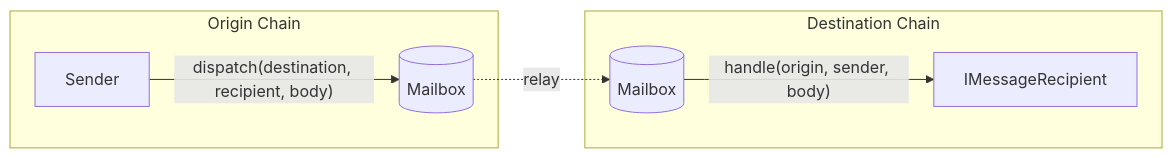
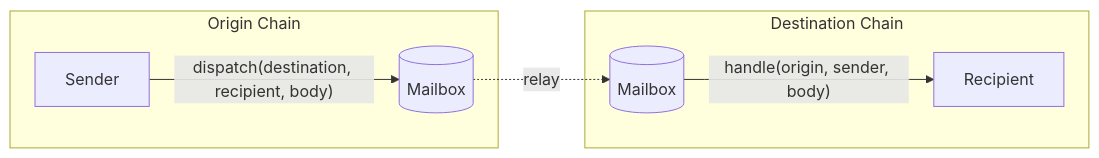
Before and after one commit to hyperlane-xyz/v3-docs: the diagram in docs/reference/messaging/messaging-interface.mdx, drawn with Mermaid. The commit also changed 3 other files, not shown here.

Commit message:
Update mermaid styling

````diff
--- a/docs/reference/messaging/messaging-interface.mdx
+++ b/docs/reference/messaging/messaging-interface.mdx
@@ -9,17 +9,17 @@
 ```mermaid
 flowchart LR
     subgraph Origin Chain
       Sender
       M_O[(Mailbox)]
-      Sender -- "dispatch(destination, recipient, body)" --> M_O
+      Sender -- dispatch(destination, recipient, body) --> M_O
     end
 
     subgraph Destination Chain
-      Recipient[IMessageRecipient]
+      Recipient[Recipient]
       M_D[(Mailbox)]
 
       M_D -- "handle(origin, sender, body)" --> Recipient
     end
 
     M_O -. "relay" .-> M_D
 ```
````
